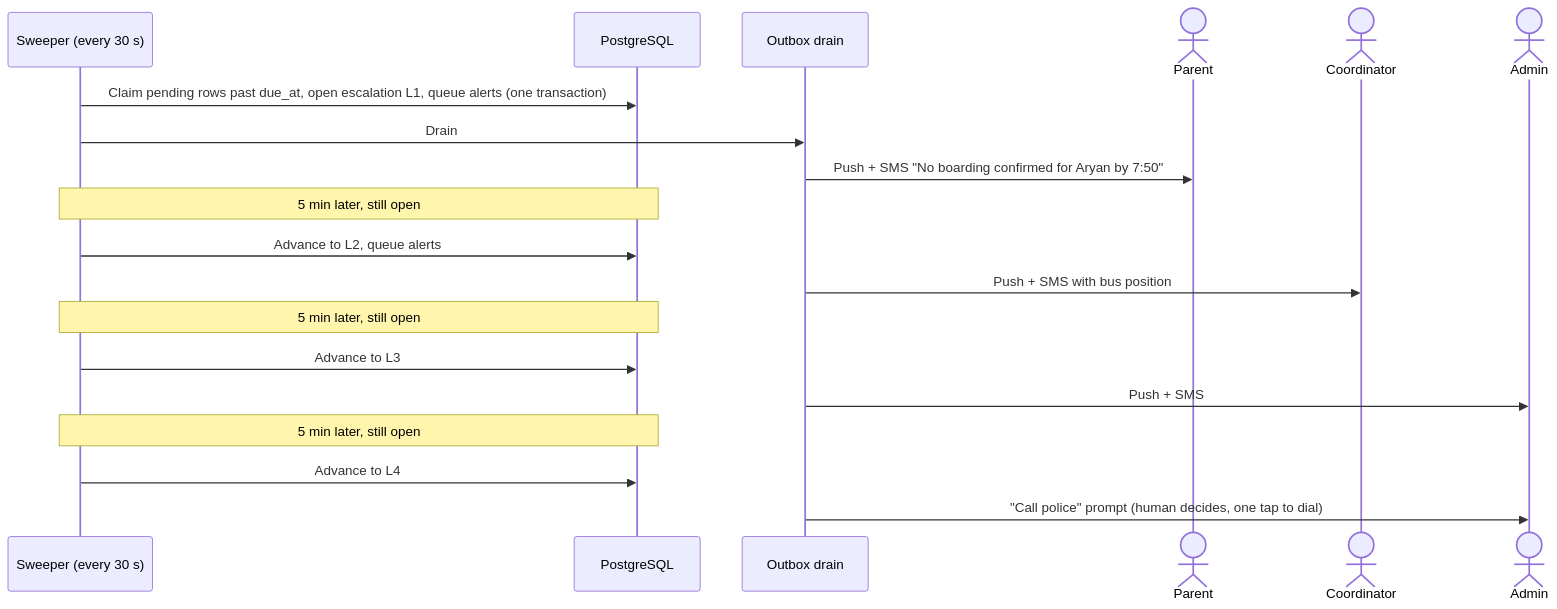
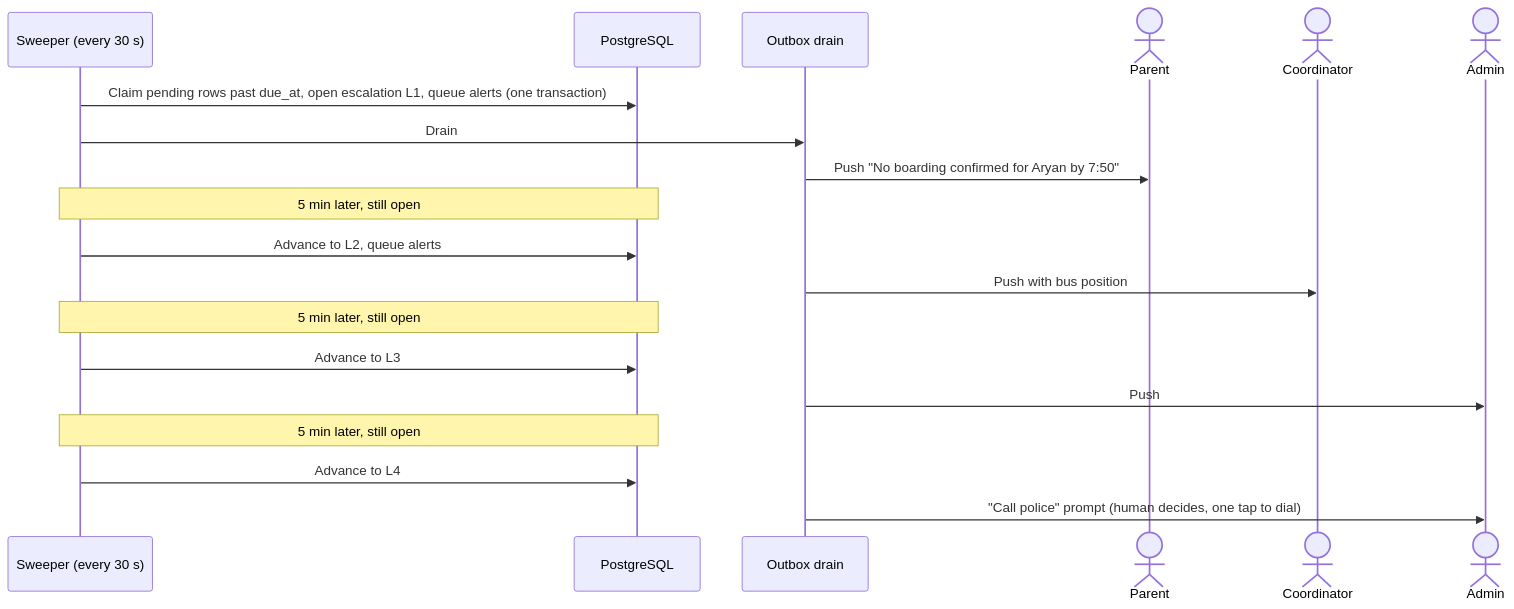
Before and after one commit to alinoorul/studesafe: the third of 5 diagrams in architecture/PROTOTYPE_ARCHITECTURE.md, drawn with Mermaid. The commit also changed other lines of this file and 1 other file, not shown here.

First line of the commit message:
Prototype: SMS for login codes only, all alerts by push

````diff
--- a/architecture/PROTOTYPE_ARCHITECTURE.md
+++ b/architecture/PROTOTYPE_ARCHITECTURE.md
@@ -350,22 +373,22 @@
 ```mermaid
 sequenceDiagram
     participant SW as Sweeper (every 30 s)
     participant DB as PostgreSQL
     participant N as Outbox drain
     actor Parent
     actor Coordinator
     actor Admin
 
     SW->>DB: Claim pending rows past due_at, open escalation L1, queue alerts (one transaction)
     SW->>N: Drain
-    N->>Parent: Push + SMS "No boarding confirmed for Aryan by 7:50"
+    N->>Parent: Push "No boarding confirmed for Aryan by 7:50"
     Note over SW,DB: 5 min later, still open
     SW->>DB: Advance to L2, queue alerts
-    N->>Coordinator: Push + SMS with bus position
+    N->>Coordinator: Push with bus position
     Note over SW,DB: 5 min later, still open
     SW->>DB: Advance to L3
-    N->>Admin: Push + SMS
+    N->>Admin: Push
     Note over SW,DB: 5 min later, still open
     SW->>DB: Advance to L4
     N->>Admin: "Call police" prompt (human decides, one tap to dial)
 ```
````
